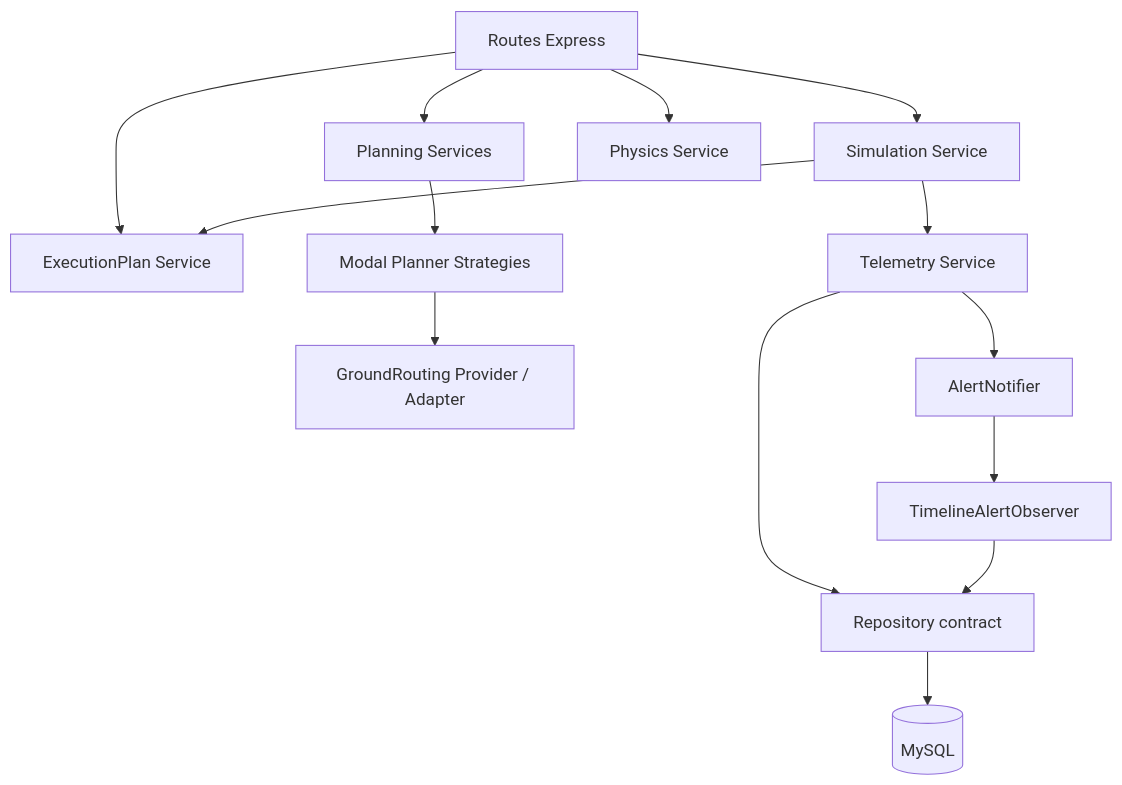
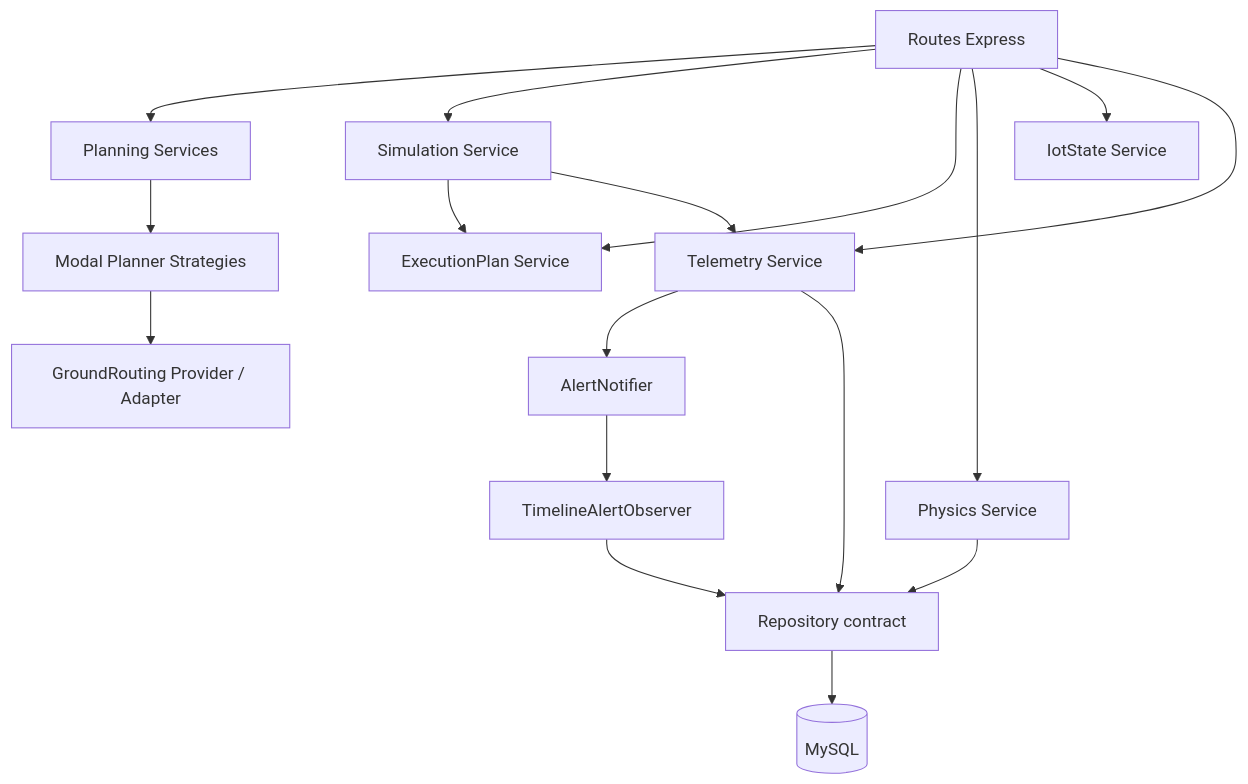
One commit to sandrozdb/lifebox-smart-organ-transport changed the third of 4 diagrams in docs/architecture.md. Above: the diagram before and after it, drawn with Mermaid. The commit also changed other lines of this file and 20 other files, not shown here.

````diff
--- a/docs/architecture.md
+++ b/docs/architecture.md
@@ -49,16 +53,19 @@
 ```mermaid
 flowchart TB
   ROUTES[Routes Express] --> PLAN[Planning Services]
   ROUTES --> SIMS[Simulation Service]
   ROUTES --> EXEC[ExecutionPlan Service]
   ROUTES --> PHYS[Physics Service]
+  ROUTES --> IOT[IotState Service]
+  ROUTES --> TEL[Telemetry Service]
   PLAN --> STRAT[Modal Planner Strategies]
   STRAT --> GROUND[GroundRouting Provider / Adapter]
   SIMS --> EXEC
-  SIMS --> TEL[Telemetry Service]
+  SIMS --> TEL
   TEL --> SUBJECT[AlertNotifier]
   SUBJECT --> OBS[TimelineAlertObserver]
   TEL --> REPO[Repository contract]
+  PHYS --> REPO
   OBS --> REPO
   REPO --> MYSQL[(MySQL)]
 ```
````
